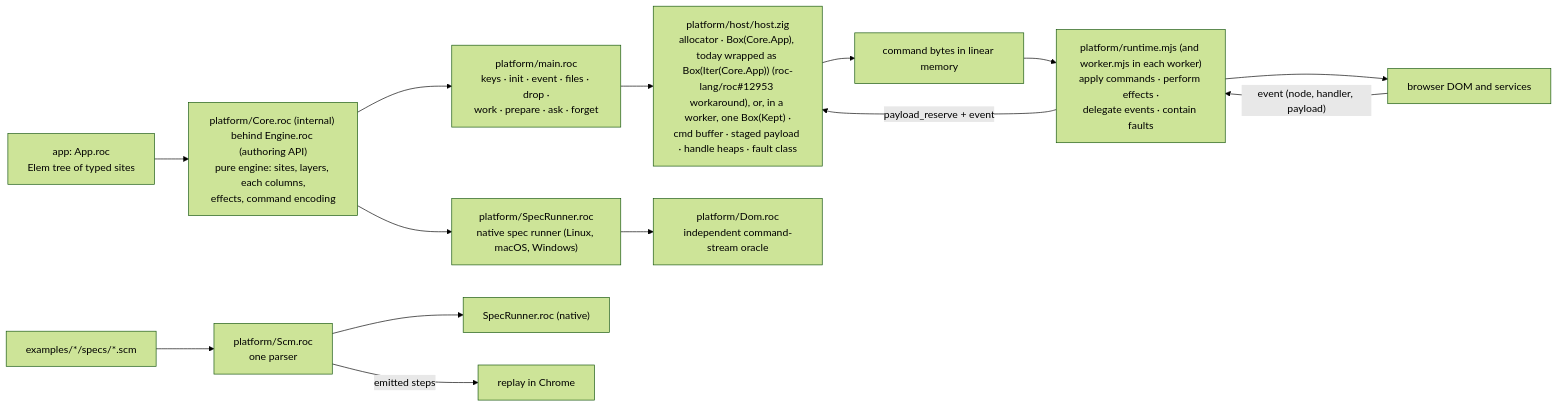
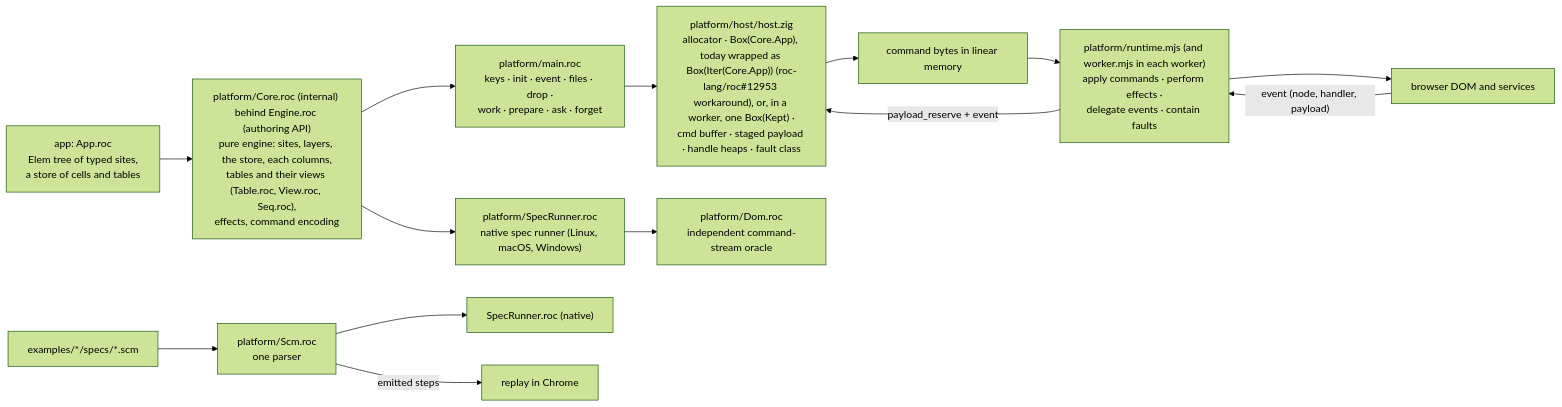
Before and after one commit to lukewilliamboswell/roc-signals: the diagram in design.md, drawn with Mermaid (forest theme). The commit also changed other lines of this file and 45 other files, not shown here.

````diff
--- a/design.md
+++ b/design.md
@@ -264,17 +294,17 @@
 ```mermaid
 flowchart LR
-    App["app: App.roc<br/>Elem tree of typed sites"] --> Engine["platform/Core.roc (internal) behind Engine.roc (authoring API)<br/>pure engine: sites, layers, each columns,<br/>effects, command encoding"]
+    App["app: App.roc<br/>Elem tree of typed sites,<br/>a store of cells and tables"] --> Engine["platform/Core.roc (internal) behind Engine.roc (authoring API)<br/>pure engine: sites, layers, the store, each columns,<br/>tables and their views (Table.roc, View.roc, Seq.roc),<br/>effects, command encoding"]
     Engine --> Main["platform/main.roc<br/>keys · init · event · files · drop ·<br/>work · prepare · ask · forget"]
     Main --> Host["platform/host/host.zig<br/>allocator · Box(Core.App), today wrapped as Box(Iter(Core.App)) (roc-lang/roc#12953 workaround), or, in a worker, one Box(Kept) ·<br/>cmd buffer · staged payload · handle heaps · fault class"]
     Host --> Wire["command bytes in linear memory"]
     Wire --> JS["platform/runtime.mjs (and worker.mjs in each worker)<br/>apply commands · perform effects ·<br/>delegate events · contain faults"]
     JS --> DOM["browser DOM and services"]
     DOM -->|"event (node, handler, payload)"| JS
     JS -->|"payload_reserve + event"| Host
 
     Engine --> Test["platform/SpecRunner.roc<br/>native spec runner (Linux, macOS, Windows)"]
     Test --> Oracle["platform/Dom.roc<br/>independent command-stream oracle"]
     Scm["examples/*/specs/*.scm"] --> Parser["platform/Scm.roc<br/>one parser"]
     Parser --> Native["SpecRunner.roc (native)"]
     Parser -->|"emitted steps"| Browser["replay in Chrome"]
 ```
````
